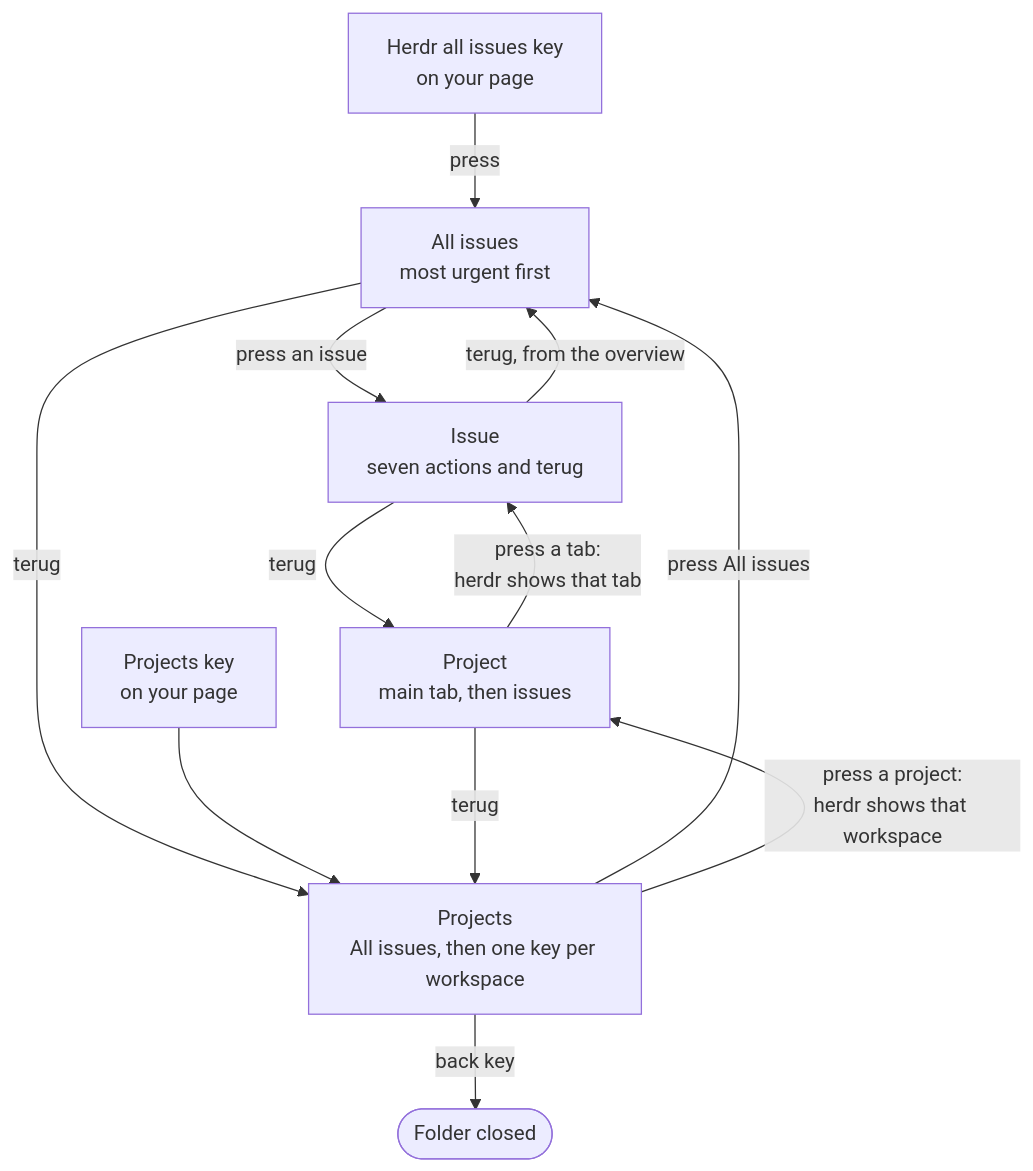
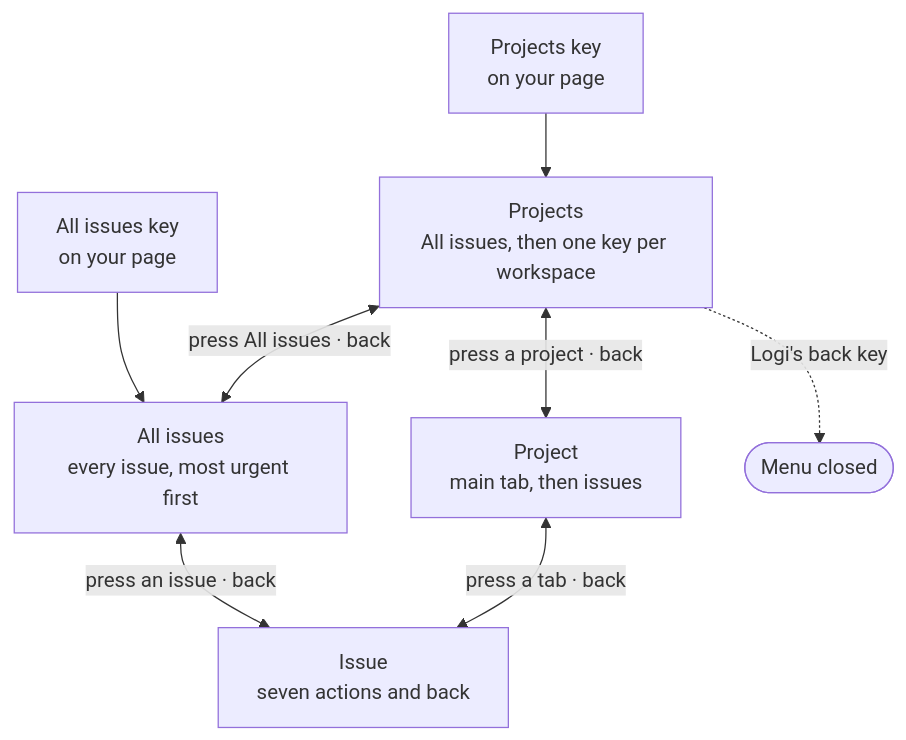
One commit to PieterLuypaert/helm changed the first of 6 diagrams in docs/flows.md. Above: the diagram before and after it, drawn with Mermaid. The commit also changed other lines of this file and 5 other files, not shown here.

Commit message:
docs: say each part of the flow once, with one navigation diagram

````diff
--- a/docs/flows.md
+++ b/docs/flows.md
@@ -47,14 +47,10 @@
 ```mermaid
 flowchart TD
-    allIssues["Herdr all issues key<br/>on your page"] -->|"press"| overview["All issues<br/>most urgent first"]
-    overview -->|"press an issue"| issue
-    overview -->|terug| projects
     key["Projects key<br/>on your page"] --> projects["Projects<br/>All issues, then one key per workspace"]
-    projects -->|"press All issues"| overview
-    projects -->|"press a project:<br/>herdr shows that workspace"| project["Project<br/>main tab, then issues"]
-    project -->|"press a tab:<br/>herdr shows that tab"| issue["Issue<br/>seven actions and terug"]
-    issue -->|"terug, from the overview"| overview
-    issue -->|terug| project
-    project -->|terug| projects
-    projects -->|back key| closed(["Folder closed"])
+    allIssues["All issues key<br/>on your page"] --> overview
+    projects <-->|"press All issues · back"| overview["All issues<br/>every issue, most urgent first"]
+    projects <-->|"press a project · back"| project["Project<br/>main tab, then issues"]
+    overview <-->|"press an issue · back"| issue["Issue<br/>seven actions and back"]
+    project <-->|"press a tab · back"| issue
+    projects -.->|"Logi's back key"| closed(["Menu closed"])
 ```
````
